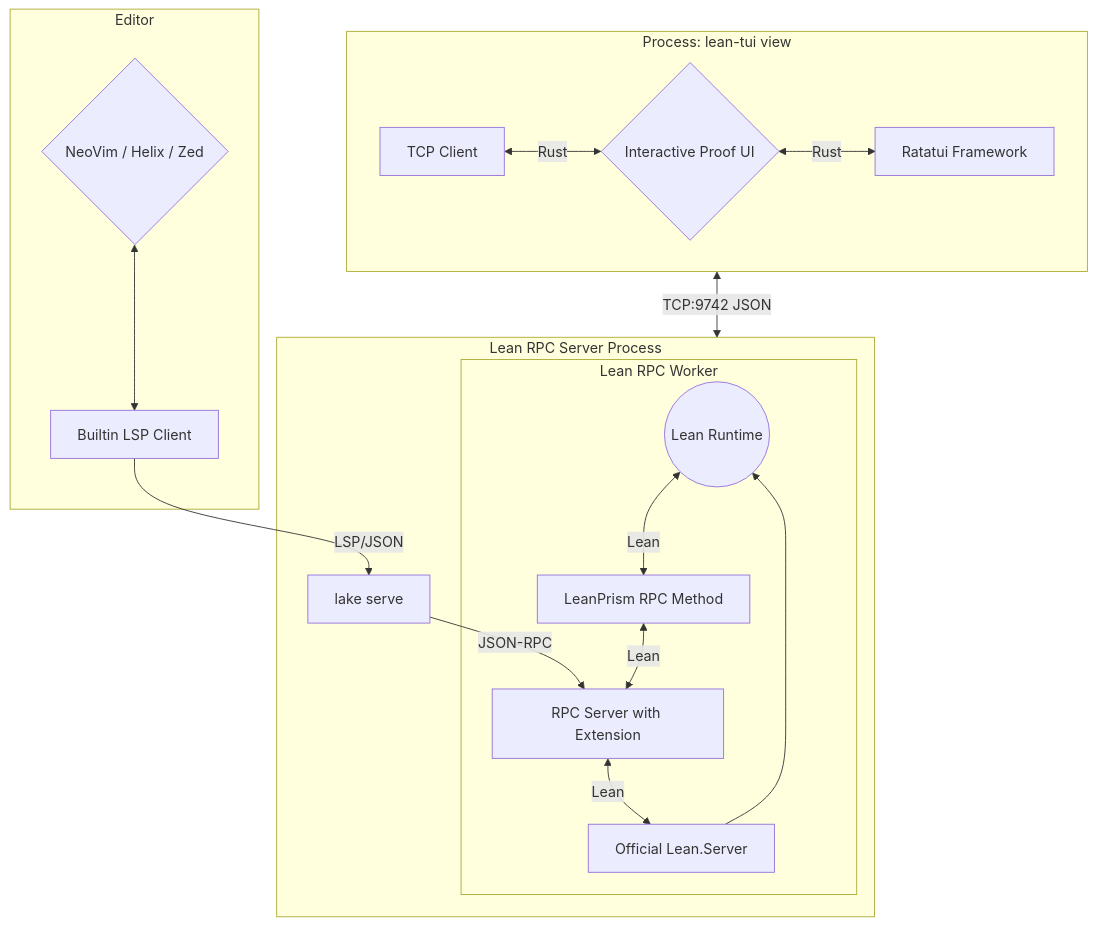
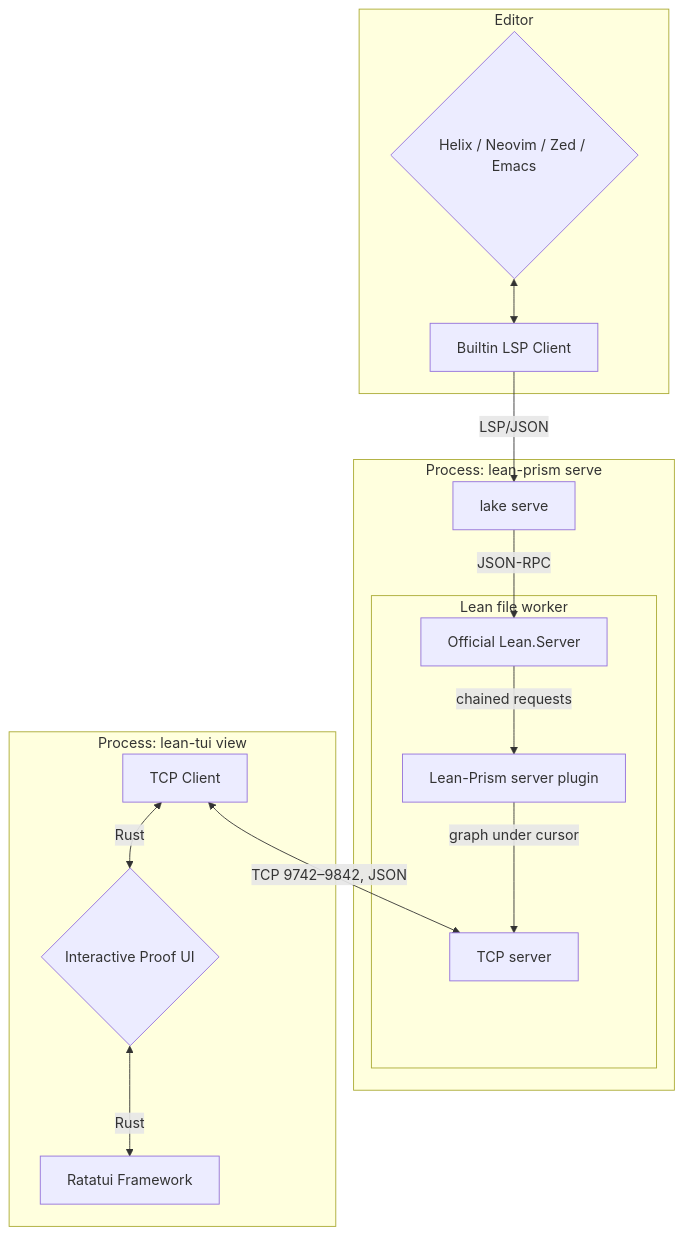
One commit to macovedj/lean-tui changed the diagram in CONTRIBUTING.md. Above: the diagram before and after it, drawn with Mermaid. The commit also changed other lines of this file and 15 other files, not shown here.

````diff
--- a/CONTRIBUTING.md
+++ b/CONTRIBUTING.md
@@ -17,38 +17,36 @@
 ```mermaid
 flowchart
 
-subgraph lean-prism-process["Lean RPC Server Process"]
-    subgraph lean-worker[Lean RPC Worker]
-        lean-runtime((Lean Runtime))
+subgraph lean-prism-process["Process: lean-prism serve"]
+    lake-serve[lake serve]
+
+    subgraph lean-worker[Lean file worker]
         original-lean-lsp[Official Lean.Server]
-        custom-rpc-server[RPC Server with Extension]
-        rpc-method[LeanPrism RPC Method]
+        plugin[Lean-Prism server plugin]
+        tcp-server[TCP server]
 
-        rpc-method <-->|Lean| custom-rpc-server
-        lean-runtime <-->|Lean| rpc-method
-        original-lean-lsp --> lean-runtime
-        custom-rpc-server <-->|Lean| original-lean-lsp
+        original-lean-lsp -->|chained requests| plugin
+        plugin -->|graph under cursor| tcp-server
     end
 
-    lake-serve[lake serve]
-    lake-serve -->|JSON-RPC| custom-rpc-server
+    lake-serve -->|JSON-RPC| original-lean-lsp
 end
 
 subgraph TUI["Process: lean-tui view"]
     tcp-client[TCP Client]
     info-view{Interactive Proof UI}
     ratatui[Ratatui Framework]
 
     tcp-client <-->|Rust| info-view
     info-view <-->|Rust| ratatui
 end
 
 subgraph Editor
-    editor-ui{NeoVim / Helix / Zed}
+    editor-ui{Helix / Neovim / Zed / Emacs}
     editor-lsp-client[Builtin LSP Client]
     editor-ui <--> editor-lsp-client
 end
 
-TUI <-->|"TCP:9742 JSON"| lean-prism-process
+tcp-client <-->|"TCP 9742–9842, JSON"| tcp-server
 editor-lsp-client -->|LSP/JSON| lake-serve
 ```
````
